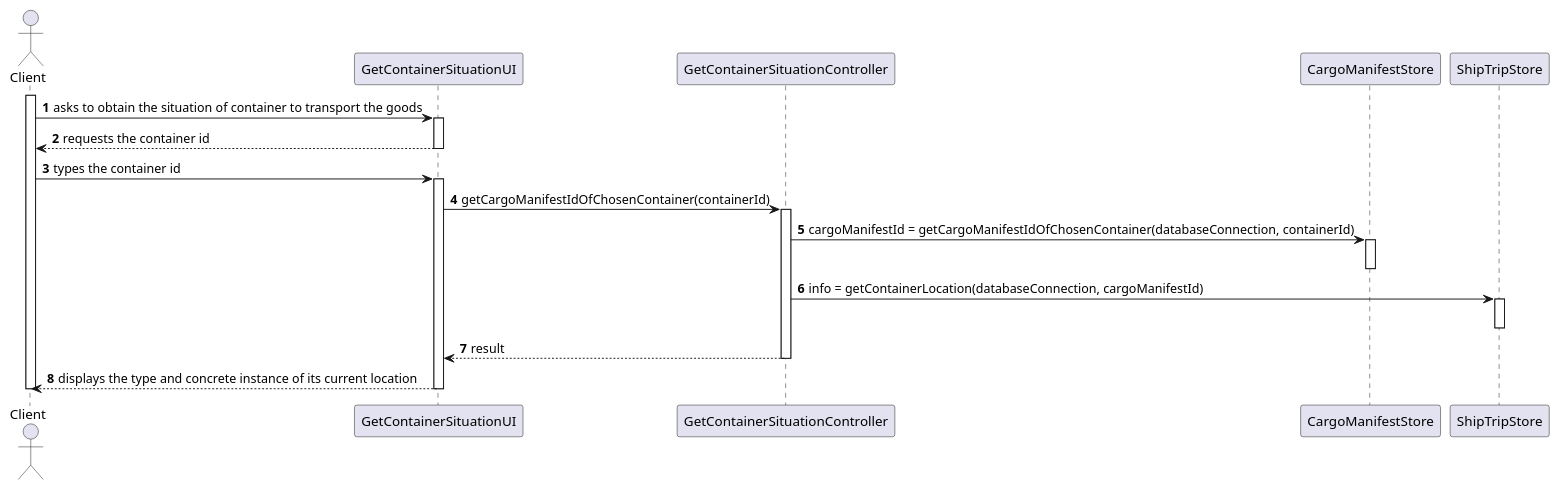
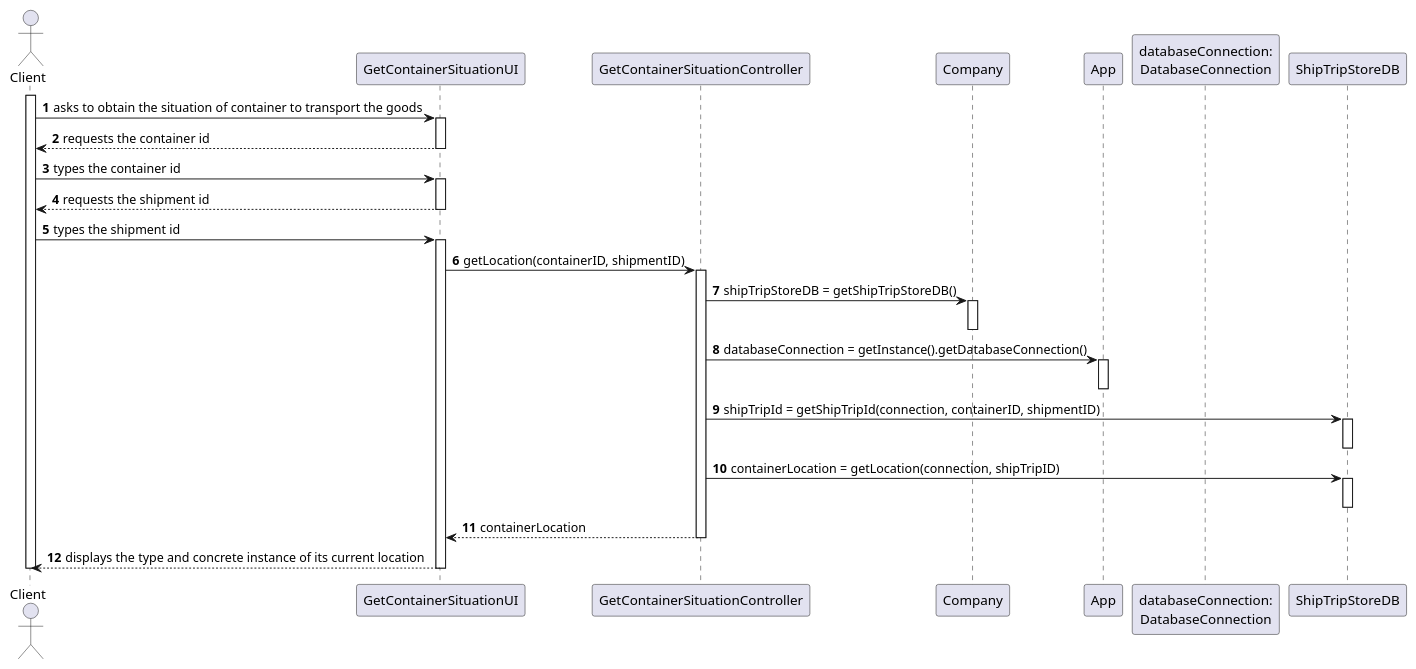
One commit to ana-albergaria/LAPR3-ISEP changed the diagram in docs/US204/US204_SD.puml. Above: the diagram before and after it, drawn with PlantUML. The commit also changed 9 other files, not shown here.

Commit message:
G54-64 #time 1h #comment Fixing Diagrams + Class Diagram

```diff
--- a/docs/US204/US204_SD.puml
+++ b/docs/US204/US204_SD.puml
@@ -1,38 +1,49 @@
 @startuml
 
 autonumber
 actor Client as C
 
 participant "GetContainerSituationUI" as UI
 participant "GetContainerSituationController" as CTRL
-/'participant "Company" as COMP'/
-participant "CargoManifestStore" as MANIFEST_STORE
+participant "Company" as COMPANY
+participant "App" as APP
+participant "databaseConnection:\nDatabaseConnection" as CONNECTION
 
-participant "ShipTripStore" as SHIP_TRIP_STORE
+participant "ShipTripStoreDB" as SHIP_TRIP_STORE_DB
 
 /'Temos de chamar a Company para as Stores ou não é
 necessário?'/
 
 
 activate C
 C -> "UI" : asks to obtain the situation of container to transport the goods
 activate "UI"
 "UI" --> C : requests the container id
 deactivate "UI"
 C -> "UI" : types the container id
 activate "UI"
-UI -> CTRL : getCargoManifestIdOfChosenContainer(containerId)
+UI --> C : requests the shipment id
+deactivate UI
+C -> UI : types the shipment id
+activate UI
+UI -> CTRL : getLocation(containerID, shipmentID)
 activate CTRL
-CTRL -> MANIFEST_STORE : cargoManifestId = getCargoManifestIdOfChosenContainer(databaseConnection, containerId)
-activate MANIFEST_STORE
-deactivate MANIFEST_STORE
-CTRL -> SHIP_TRIP_STORE : info = getContainerLocation(databaseConnection, cargoManifestId)
-activate SHIP_TRIP_STORE
-deactivate SHIP_TRIP_STORE
-CTRL --> UI : result
+CTRL -> COMPANY : shipTripStoreDB = getShipTripStoreDB()
+activate COMPANY
+deactivate COMPANY
+CTRL -> APP : databaseConnection = getInstance().getDatabaseConnection()
+activate APP
+deactivate APP
+CTRL -> SHIP_TRIP_STORE_DB : shipTripId = getShipTripId(connection, containerID, shipmentID)
+activate SHIP_TRIP_STORE_DB
+deactivate SHIP_TRIP_STORE_DB
+CTRL -> SHIP_TRIP_STORE_DB : containerLocation = getLocation(connection, shipTripID)
+activate SHIP_TRIP_STORE_DB
+deactivate SHIP_TRIP_STORE_DB
+CTRL --> UI : containerLocation
 deactivate CTRL
 UI --> C : displays the type and concrete instance of its current location
 deactivate UI
 deactivate C
 
 @enduml
```
